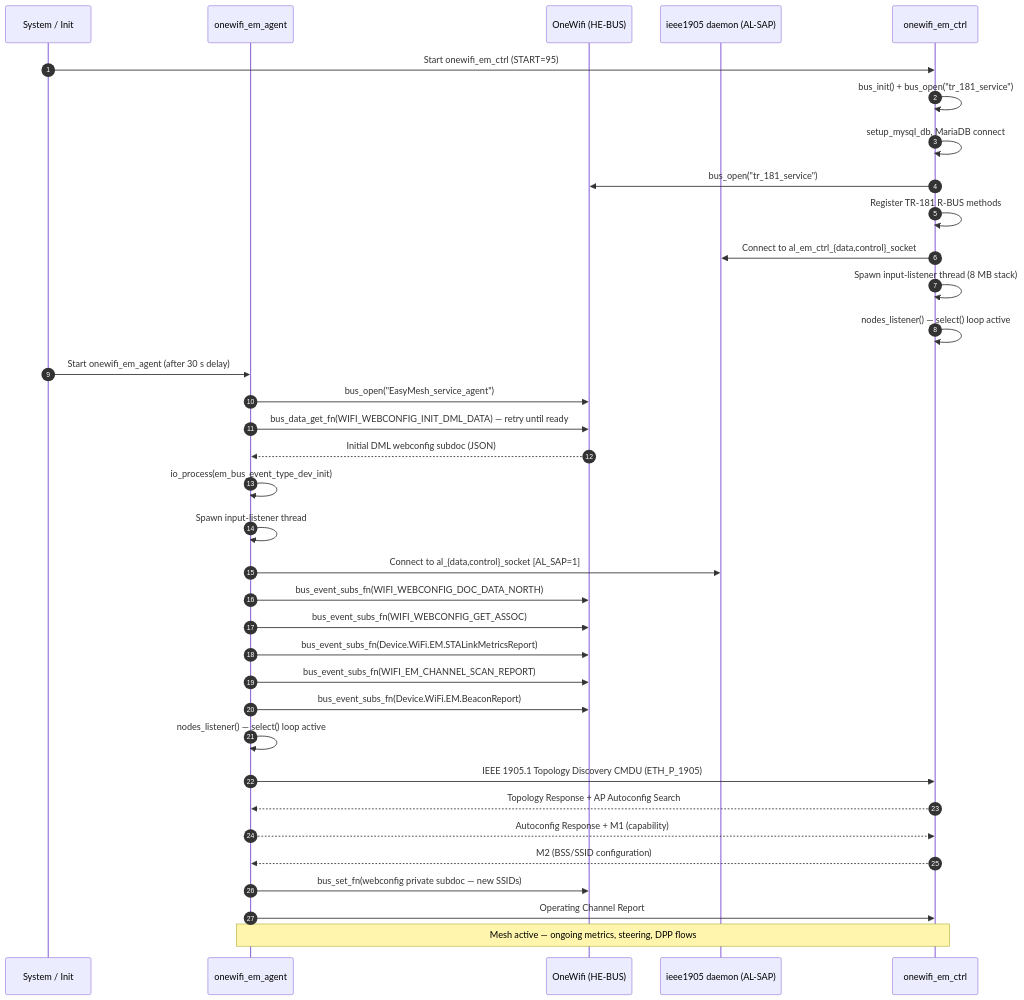
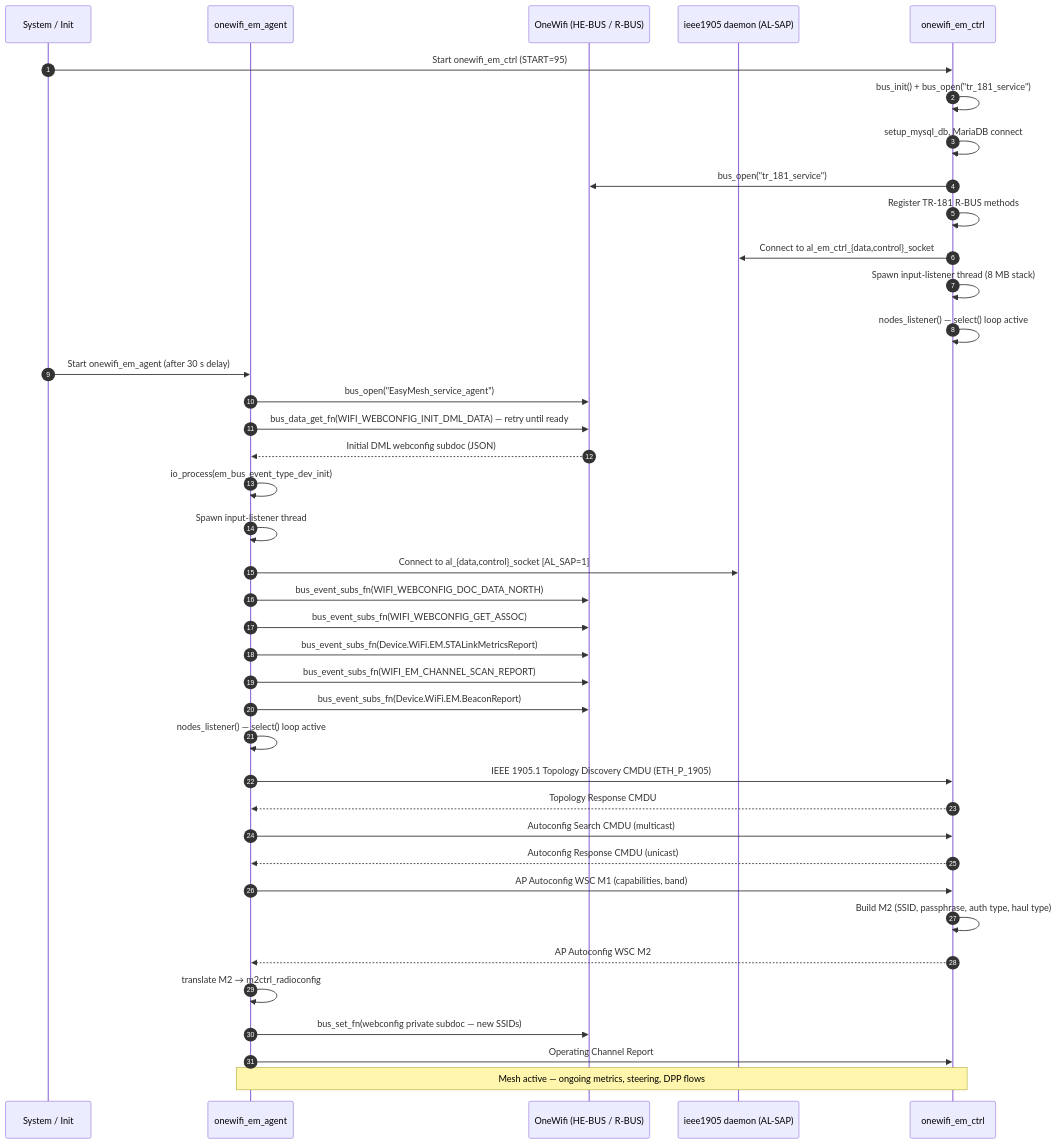
One commit to rdkcentral/unified-wifi-mesh changed the third of 8 diagrams in README.md. Above: the diagram before and after it, drawn with Mermaid. The commit also changed other lines of this file, not shown here.

````diff
--- a/README.md
+++ b/README.md
@@ -190,39 +165,43 @@
 ```mermaid
 sequenceDiagram
     autonumber
     participant Sys as System / Init
     participant Agent as onewifi_em_agent
-    participant OW as OneWifi (HE-BUS)
+    participant OW as OneWifi (HE-BUS / R-BUS)
     participant ALSAP as ieee1905 daemon (AL-SAP)
     participant Ctrl as onewifi_em_ctrl
 
     Sys->>Ctrl: Start onewifi_em_ctrl (START=95)
     Ctrl->>Ctrl: bus_init() + bus_open("tr_181_service")
     Ctrl->>Ctrl: setup_mysql_db, MariaDB connect
     Ctrl->>OW: bus_open("tr_181_service")
     Ctrl->>Ctrl: Register TR-181 R-BUS methods
     Ctrl->>ALSAP: Connect to al_em_ctrl_{data,control}_socket
     Ctrl->>Ctrl: Spawn input-listener thread (8 MB stack)
     Ctrl->>Ctrl: nodes_listener() — select() loop active
 
     Sys->>Agent: Start onewifi_em_agent (after 30 s delay)
     Agent->>OW: bus_open("EasyMesh_service_agent")
     Agent->>OW: bus_data_get_fn(WIFI_WEBCONFIG_INIT_DML_DATA) — retry until ready
     OW-->>Agent: Initial DML webconfig subdoc (JSON)
     Agent->>Agent: io_process(em_bus_event_type_dev_init)
     Agent->>Agent: Spawn input-listener thread
     Agent->>ALSAP: Connect to al_{data,control}_socket [AL_SAP=1]
     Agent->>OW: bus_event_subs_fn(WIFI_WEBCONFIG_DOC_DATA_NORTH)
     Agent->>OW: bus_event_subs_fn(WIFI_WEBCONFIG_GET_ASSOC)
     Agent->>OW: bus_event_subs_fn(Device.WiFi.EM.STALinkMetricsReport)
     Agent->>OW: bus_event_subs_fn(WIFI_EM_CHANNEL_SCAN_REPORT)
     Agent->>OW: bus_event_subs_fn(Device.WiFi.EM.BeaconReport)
     Agent->>Agent: nodes_listener() — select() loop active
     Agent->>Ctrl: IEEE 1905.1 Topology Discovery CMDU (ETH_P_1905)
-    Ctrl-->>Agent: Topology Response + AP Autoconfig Search
-    Agent-->>Ctrl: Autoconfig Response + M1 (capability)
-    Ctrl-->>Agent: M2 (BSS/SSID configuration)
+    Ctrl-->>Agent: Topology Response CMDU
+    Agent->>Ctrl: Autoconfig Search CMDU (multicast)
+    Ctrl-->>Agent: Autoconfig Response CMDU (unicast)
+    Agent->>Ctrl: AP Autoconfig WSC M1 (capabilities, band)
+    Ctrl->>Ctrl: Build M2 (SSID, passphrase, auth type, haul type)
+    Ctrl-->>Agent: AP Autoconfig WSC M2
+    Agent->>Agent: translate M2 → m2ctrl_radioconfig
     Agent->>OW: bus_set_fn(webconfig private subdoc — new SSIDs)
     Agent->>Ctrl: Operating Channel Report
     Note over Agent,Ctrl: Mesh active — ongoing metrics, steering, DPP flows
 ```
````
